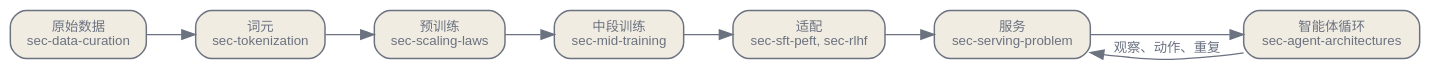
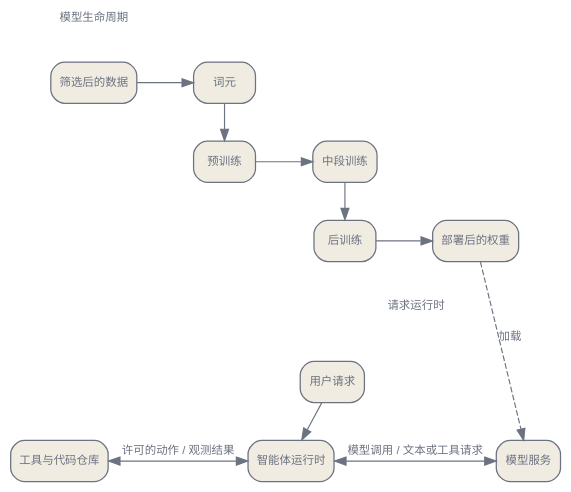
The first of 2 diagrams in zh/orientation/01-whole-stack.qmd (latere-ai/ai-as-an-infrastructure), drawn with Graphviz before and after one commit. The commit also changed other lines of this file and 4 other files, not shown here.

````diff
--- a/zh/orientation/01-whole-stack.qmd
+++ b/zh/orientation/01-whole-stack.qmd
@@ -35,25 +55,41 @@
 ```{dot}
 //| label: fig-whole-stack-pipeline
-//| fig-cap: "一个请求在栈中的追踪，从网络抓取的语料到一个观察并动作的智能体循环。每个方块都标出该层以及负责它的章节。"
+//| fig-cap: "两条相互连接的路径。模型生命周期产出部署后的权重；运行期间，智能体向模型服务发送请求，并与工具和代码仓库交换动作与观测结果。"
 digraph {
   bgcolor="transparent";
-  rankdir=LR;
-  nodesep=0.4; ranksep=0.5;
+  rankdir=TB;
+  size="6,5";
+  ratio=compress;
+  nodesep=0.35; ranksep=0.45;
   node [shape=box, style="rounded,filled", fontname="Helvetica", fontsize=10, color="#6b7280", fontcolor="#6b7280", fillcolor="#f1ece1", penwidth=1.1];
   edge [fontsize=10, fontname="Helvetica", color="#6b7280", fontcolor="#6b7280"];
-  D [label="原始数据\nsec-data-curation"];
-  T [label="词元\nsec-tokenization"];
-  P [label="预训练\nsec-scaling-laws"];
-  M [label="中段训练\nsec-mid-training"];
-  A [label="适配\nsec-sft-peft, sec-rlhf"];
-  S [label="服务\nsec-serving-problem"];
-  G [label="智能体循环\nsec-agent-architectures"];
-  D -> T;
-  T -> P;
-  P -> M;
-  M -> A;
-  A -> S;
-  S -> G;
-  G -> S [label="观察、动作、重复"];
+  LIFE [shape=plain, style="", label="模型生命周期", fontsize=10];
+  subgraph build {
+    D [label="筛选后的数据"];
+    T [label="词元"];
+    P [label="预训练"];
+    M [label="中段训练"];
+    A [label="后训练"];
+    W [label="部署后的权重"];
+    { rank=same; D; T; }
+    { rank=same; P; M; }
+    { rank=same; A; W; }
+    D -> T -> P -> M -> A -> W;
+  }
+  RUN [shape=plain, style="", label="请求运行时", fontsize=10];
+  subgraph run {
+    U [label="用户请求"];
+    G [label="智能体运行时"];
+    S [label="模型服务"];
+    E [label="工具与代码仓库"];
+    { rank=same; E; G; S; }
+    U -> G;
+    G -> S [dir=both, label="模型调用 / 文本或工具请求"];
+    E -> G [dir=both, label="许可的动作 / 观测结果"];
+  }
+  LIFE -> D [style=invis];
+  W -> RUN [style=invis];
+  RUN -> U [style=invis];
+  W -> S [style=dashed, label="加载"];
 }
 ```
````
